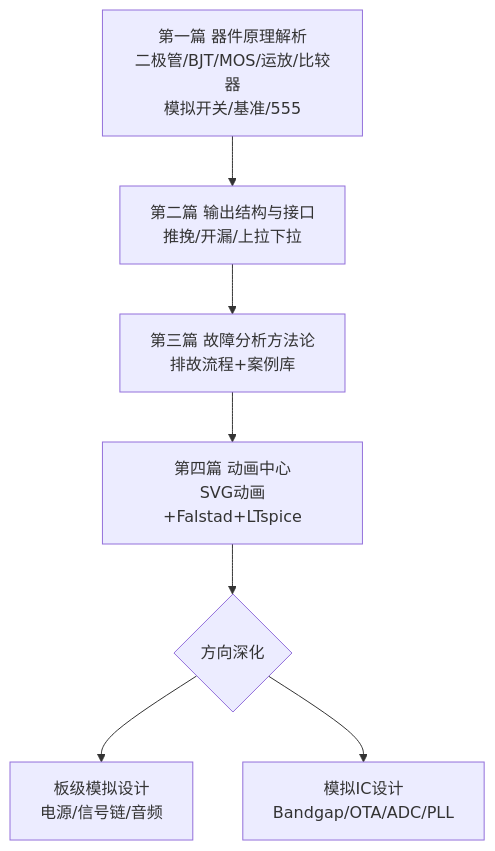
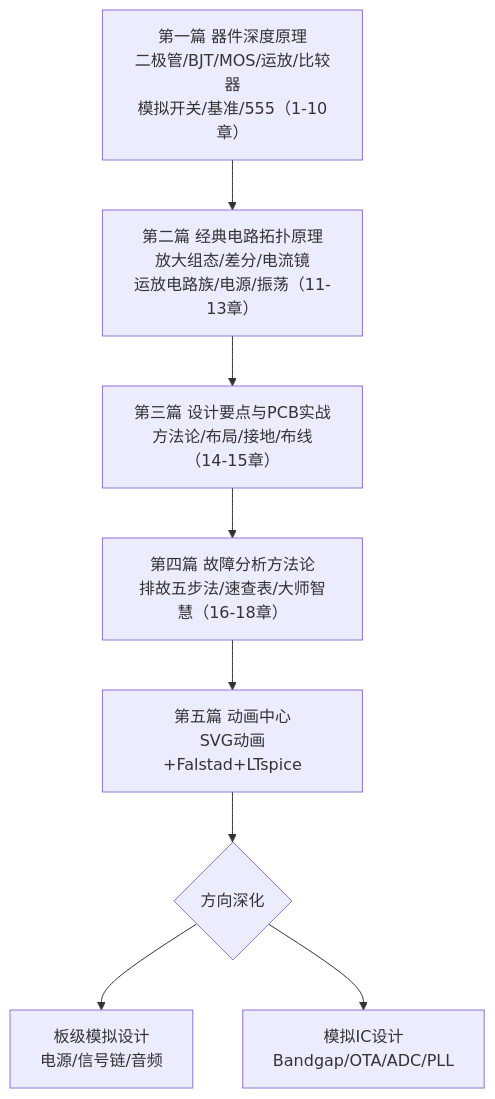
The diagram in README.md (zhuguang-ZFG/analog-circuit-roadmap), drawn with Mermaid before and after one commit. The commit also changed other lines of this file, not shown here.

````diff
--- a/README.md
+++ b/README.md
@@ -30,9 +30,10 @@
 ```mermaid
 graph TD
-    A[第一篇 器件原理解析<br/>二极管/BJT/MOS/运放/比较器<br/>模拟开关/基准/555] --> B[第二篇 输出结构与接口<br/>推挽/开漏/上拉下拉]
-    B --> C[第三篇 故障分析方法论<br/>排故流程+案例库]
-    C --> D[第四篇 动画中心<br/>SVG动画+Falstad+LTspice]
-    D --> E{方向深化}
-    E --> F[板级模拟设计<br/>电源/信号链/音频]
-    E --> G[模拟IC设计<br/>Bandgap/OTA/ADC/PLL]
+    A[第一篇 器件深度原理<br/>二极管/BJT/MOS/运放/比较器<br/>模拟开关/基准/555（1-10章）] --> B[第二篇 经典电路拓扑原理<br/>放大组态/差分/电流镜<br/>运放电路族/电源/振荡（11-13章）]
+    B --> C[第三篇 设计要点与PCB实战<br/>方法论/布局/接地/布线（14-15章）]
+    C --> D[第四篇 故障分析方法论<br/>排故五步法/速查表/大师智慧（16-18章）]
+    D --> E[第五篇 动画中心<br/>SVG动画+Falstad+LTspice]
+    E --> F{方向深化}
+    F --> G[板级模拟设计<br/>电源/信号链/音频]
+    F --> H[模拟IC设计<br/>Bandgap/OTA/ADC/PLL]
 ```
````
